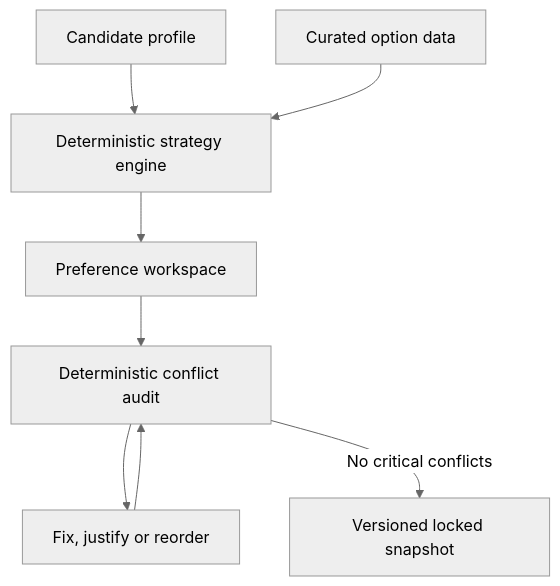
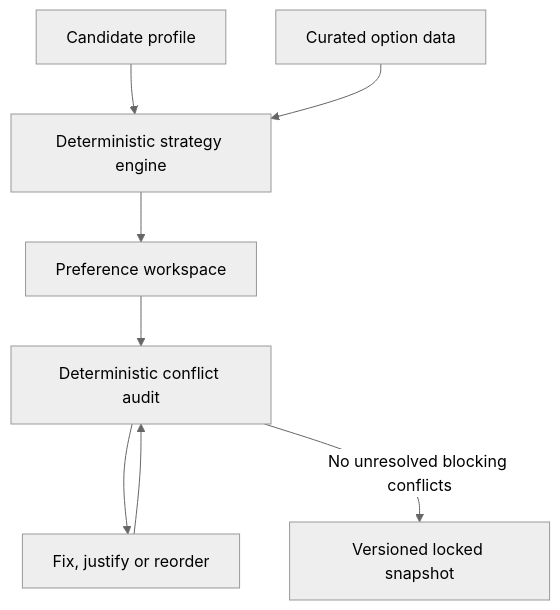
Before and after one commit to kavya-jain14/COUNSEL-FLOW: the diagram in docs/ARCHITECTURE.md, drawn with Mermaid (neutral theme). The commit also changed 25 other files, not shown here.

````diff
--- a/docs/ARCHITECTURE.md
+++ b/docs/ARCHITECTURE.md
@@ -8,10 +8,10 @@
 ```mermaid
 flowchart TD
   P["Candidate profile"] --> E["Deterministic strategy engine"]
   D["Curated option data"] --> E
   E --> W["Preference workspace"]
   W --> A["Deterministic conflict audit"]
   A --> R["Fix, justify or reorder"]
   R --> A
-  A -->|"No critical conflicts"| L["Versioned locked snapshot"]
+  A -->|"No unresolved blocking conflicts"| L["Versioned locked snapshot"]
 ```
````
